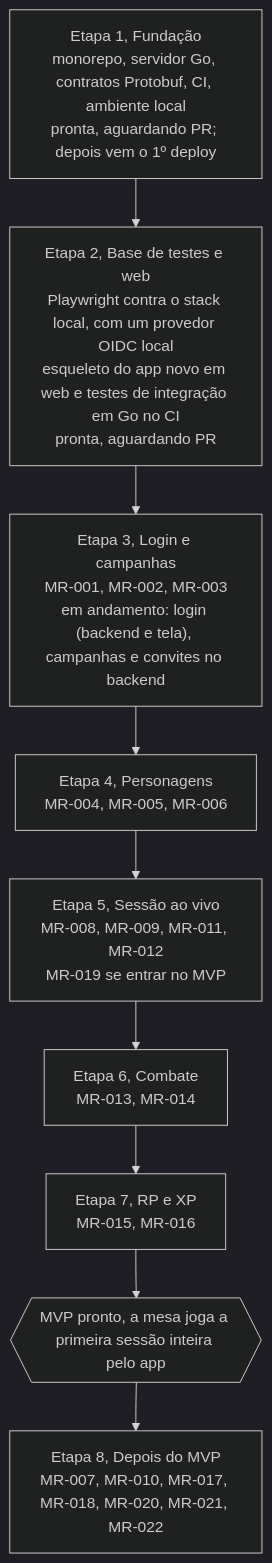
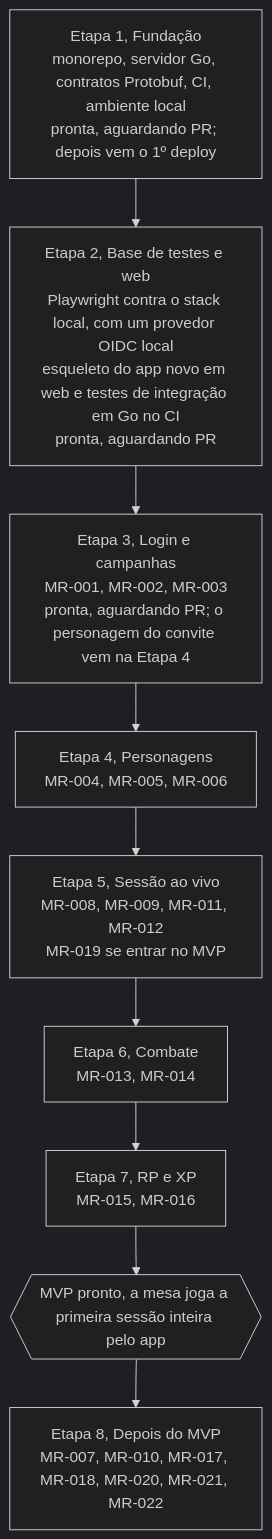
Before and after one commit to PuraFome/meuRPG: the diagram in docs/roadmap.md, drawn with Mermaid (dark theme). The commit also changed other lines of this file, not shown here.

Commit message:
docs: Etapa 3 is ready for review
Claude-Session: https://claude.ai/code/session_01Seit6LBSkxQn8g3dqupMEM

````diff
--- a/docs/roadmap.md
+++ b/docs/roadmap.md
@@ -5,14 +5,14 @@
 ```mermaid
 flowchart TD
     E1["Etapa 1, Fundação<br/>monorepo, servidor Go, contratos Protobuf, CI, ambiente local<br/>pronta, aguardando PR; depois vem o 1º deploy"]
     E2["Etapa 2, Base de testes e web<br/>Playwright contra o stack local, com um provedor OIDC local<br/>esqueleto do app novo em web e testes de integração em Go no CI<br/>pronta, aguardando PR"]
-    E3["Etapa 3, Login e campanhas<br/>MR-001, MR-002, MR-003<br/>em andamento: login (backend e tela), campanhas e convites no backend"]
+    E3["Etapa 3, Login e campanhas<br/>MR-001, MR-002, MR-003<br/>pronta, aguardando PR; o personagem do convite vem na Etapa 4"]
     E4["Etapa 4, Personagens<br/>MR-004, MR-005, MR-006"]
     E5["Etapa 5, Sessão ao vivo<br/>MR-008, MR-009, MR-011, MR-012<br/>MR-019 se entrar no MVP"]
     E6["Etapa 6, Combate<br/>MR-013, MR-014"]
     E7["Etapa 7, RP e XP<br/>MR-015, MR-016"]
     MVP{{"MVP pronto, a mesa joga a primeira sessão inteira pelo app"}}
     E8["Etapa 8, Depois do MVP<br/>MR-007, MR-010, MR-017, MR-018, MR-020, MR-021, MR-022"]
 
     E1 --> E2 --> E3 --> E4 --> E5 --> E6 --> E7 --> MVP --> E8
 ```
````
